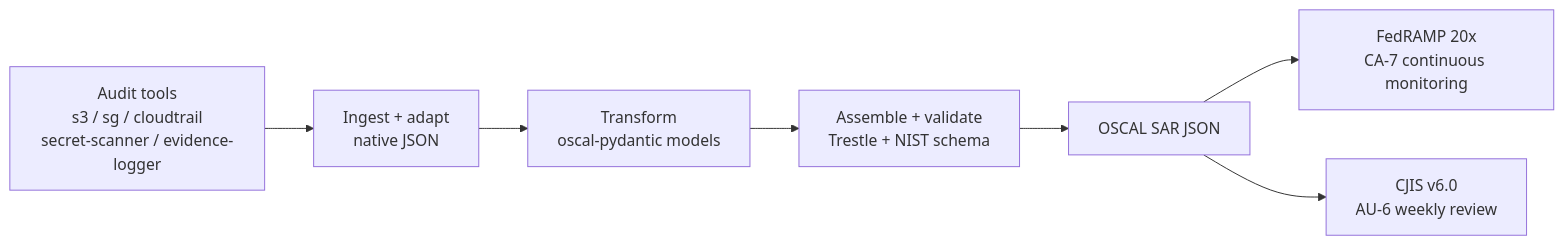
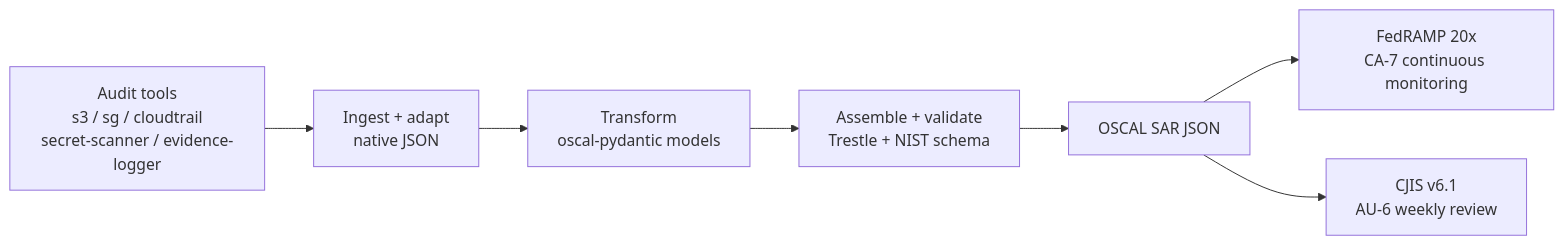
The diagram in README.md (0xBahalaNa/oscal-evidence-pipeline), drawn with Mermaid before and after one commit. The commit also changed other lines of this file and 3 other files, not shown here.

````diff
--- a/README.md
+++ b/README.md
@@ -19,9 +19,9 @@
 ```mermaid
 graph LR
     A[Audit tools<br/>s3 / sg / cloudtrail<br/>secret-scanner / evidence-logger] --> B[Ingest + adapt<br/>native JSON]
     B --> C[Transform<br/>oscal-pydantic models]
     C --> D[Assemble + validate<br/>Trestle + NIST schema]
     D --> E[OSCAL SAR JSON]
     E --> F[FedRAMP 20x<br/>CA-7 continuous monitoring]
-    E --> G[CJIS v6.0<br/>AU-6 weekly review]
+    E --> G[CJIS v6.1<br/>AU-6 weekly review]
 ```
````
